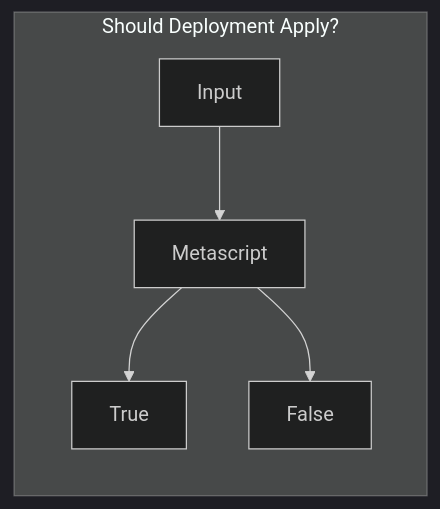
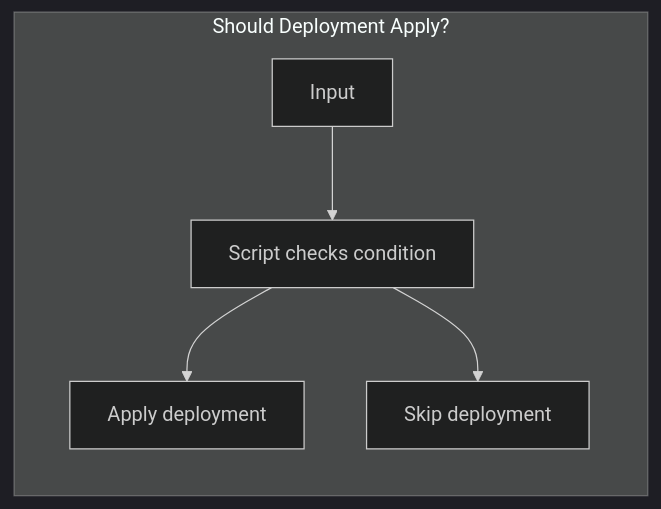
Before and after one commit to immense/immybot-documentation: the third of 4 diagrams in getting-started.md, drawn with Mermaid (dark theme). The commit also changed other lines of this file and 6 other files, not shown here.

````diff
--- a/getting-started.md
+++ b/getting-started.md
@@ -29,8 +46,8 @@
 ```mermaid
 graph LR
 subgraph "Should Deployment Apply?"
-    Input --> Metascript
-    Metascript --> True
-    Metascript --> False
+    Input --> Metascript["Script checks condition"]
+    Metascript --> True["Apply deployment"]
+    Metascript --> False["Skip deployment"]
 end
 ```
````
